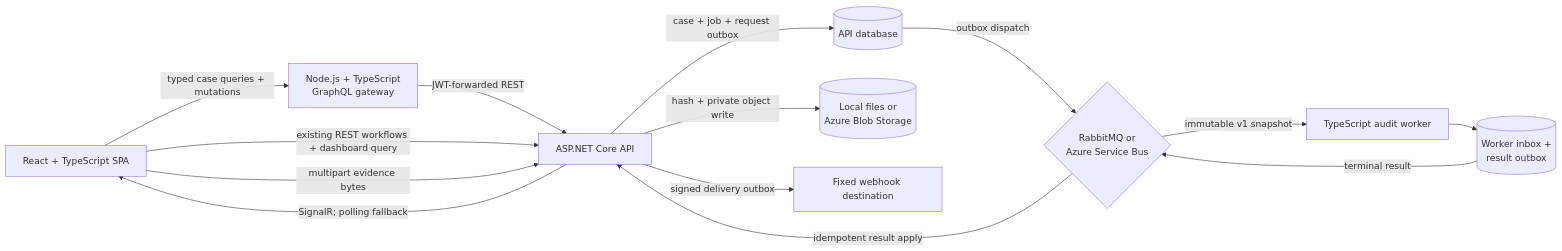
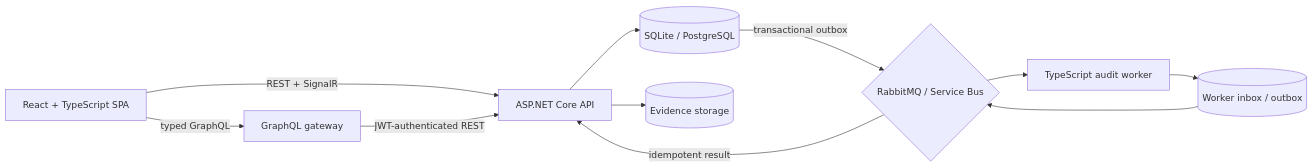
One commit to MarvelousJade/CaseLedger changed the diagram in README.md. Above: the diagram before and after it, drawn with Mermaid. The commit also changed other lines of this file, not shown here.

````diff
--- a/README.md
+++ b/README.md
@@ -112,26 +89,22 @@
 ```mermaid
 flowchart LR
     Browser[React + TypeScript SPA]
-    Gateway[Node.js + TypeScript<br/>GraphQL gateway]
+    Gateway[GraphQL gateway]
     API[ASP.NET Core API]
-    Data[(API database)]
-    Evidence[(Local files or<br/>Azure Blob Storage)]
-    Broker{RabbitMQ or<br/>Azure Service Bus}
+    Database[(SQLite / PostgreSQL)]
+    Storage[(Evidence storage)]
+    Broker{RabbitMQ / Service Bus}
     Worker[TypeScript audit worker]
-    WorkerData[(Worker inbox +<br/>result outbox)]
-    Webhook[Fixed webhook destination]
+    WorkerData[(Worker inbox / outbox)]
 
-    Browser -->|typed case queries + mutations| Gateway
-    Gateway -->|JWT-forwarded REST| API
-    Browser -->|existing REST workflows + dashboard query| API
-    Browser -->|multipart evidence bytes| API
-    API -->|hash + private object write| Evidence
-    API -->|case + job + request outbox| Data
-    Data -->|outbox dispatch| Broker
-    Broker -->|immutable v1 snapshot| Worker
+    Browser -->|REST + SignalR| API
+    Browser -->|typed GraphQL| Gateway
+    Gateway -->|JWT-authenticated REST| API
+    API --> Database
+    API --> Storage
+    Database -->|transactional outbox| Broker
+    Broker --> Worker
     Worker --> WorkerData
-    WorkerData -->|terminal result| Broker
-    Broker -->|idempotent result apply| API
-    API -->|SignalR; polling fallback| Browser
-    API -->|signed delivery outbox| Webhook
+    WorkerData --> Broker
+    Broker -->|idempotent result| API
 ```
````
